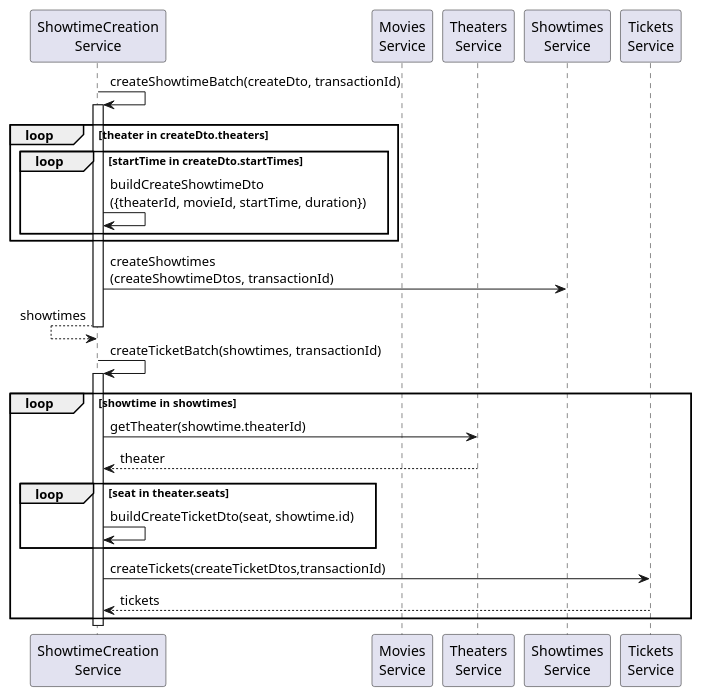
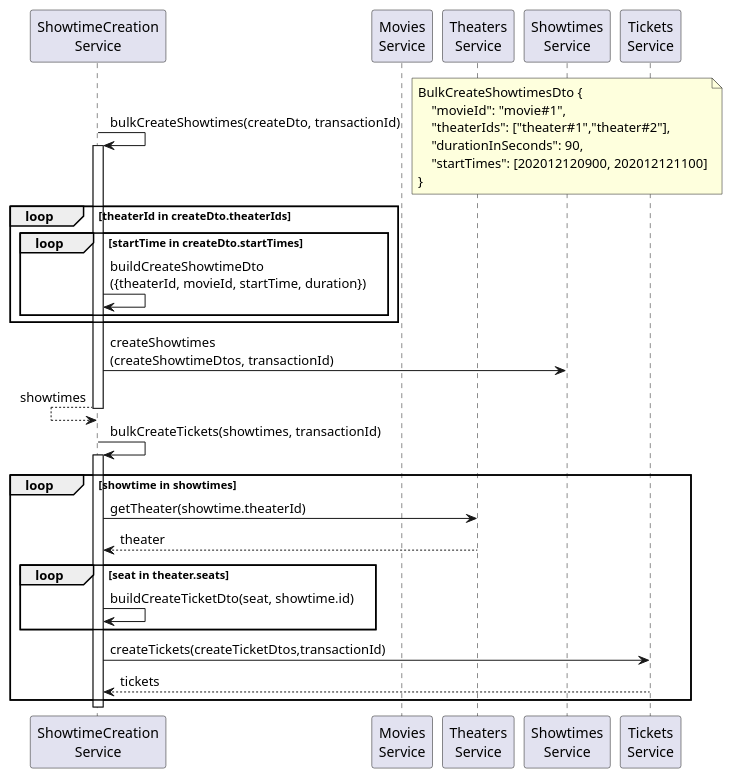
The sixth of 16 diagrams in _posts/2025-06-01-backend-design-3.md (mannercode/mannercode.github.io), drawn with PlantUML before and after one commit. The commit also changed other lines of this file and 122 other files, not shown here.

First line of the commit message:
Add UML diagrams for Showtime Creation workflow

```diff
--- a/_posts/2025-06-01-backend-design-3.md
+++ b/_posts/2025-06-01-backend-design-3.md
@@ -364,35 +372,44 @@
 {% plantuml %}
 @startuml
 participant "ShowtimeCreation\nService" as creation
 participant "Movies\nService" as movies
 participant "Theaters\nService" as theaters
 participant "Showtimes\nService" as showtimes
 participant "Tickets\nService" as tickets
 
-creation -> creation: createShowtimeBatch(createDto, transactionId)
+creation -> creation: bulkCreateShowtimes(createDto, transactionId)
+    note right
+        BulkCreateShowtimesDto {
+            "movieId": "movie#1",
+            "theaterIds": ["theater#1","theater#2"],
+            "durationInSeconds": 90,
+            "startTimes": [202012120900, 202012121100]
+        }
+    end note
+
 activate creation
-    loop theater in createDto.theaters
+    loop theaterId in createDto.theaterIds
         loop startTime in createDto.startTimes
             creation -> creation: buildCreateShowtimeDto\n({theaterId, movieId, startTime, duration})
         end
     end
 
     creation -> showtimes: createShowtimes\n(createShowtimeDtos, transactionId)
     creation <-- creation: showtimes
 deactivate creation
 
-creation -> creation: createTicketBatch(showtimes, transactionId)
+creation -> creation: bulkCreateTickets(showtimes, transactionId)
 activate creation
     loop showtime in showtimes
         creation -> theaters: getTheater(showtime.theaterId)
         creation <-- theaters: theater
         loop seat in theater.seats
             creation -> creation: buildCreateTicketDto(seat, showtime.id)
         end
         creation -> tickets: createTickets(createTicketDtos,transactionId)
         creation <-- tickets: tickets
     end
 deactivate creation
 
 @enduml
 {% endplantuml %}
```
